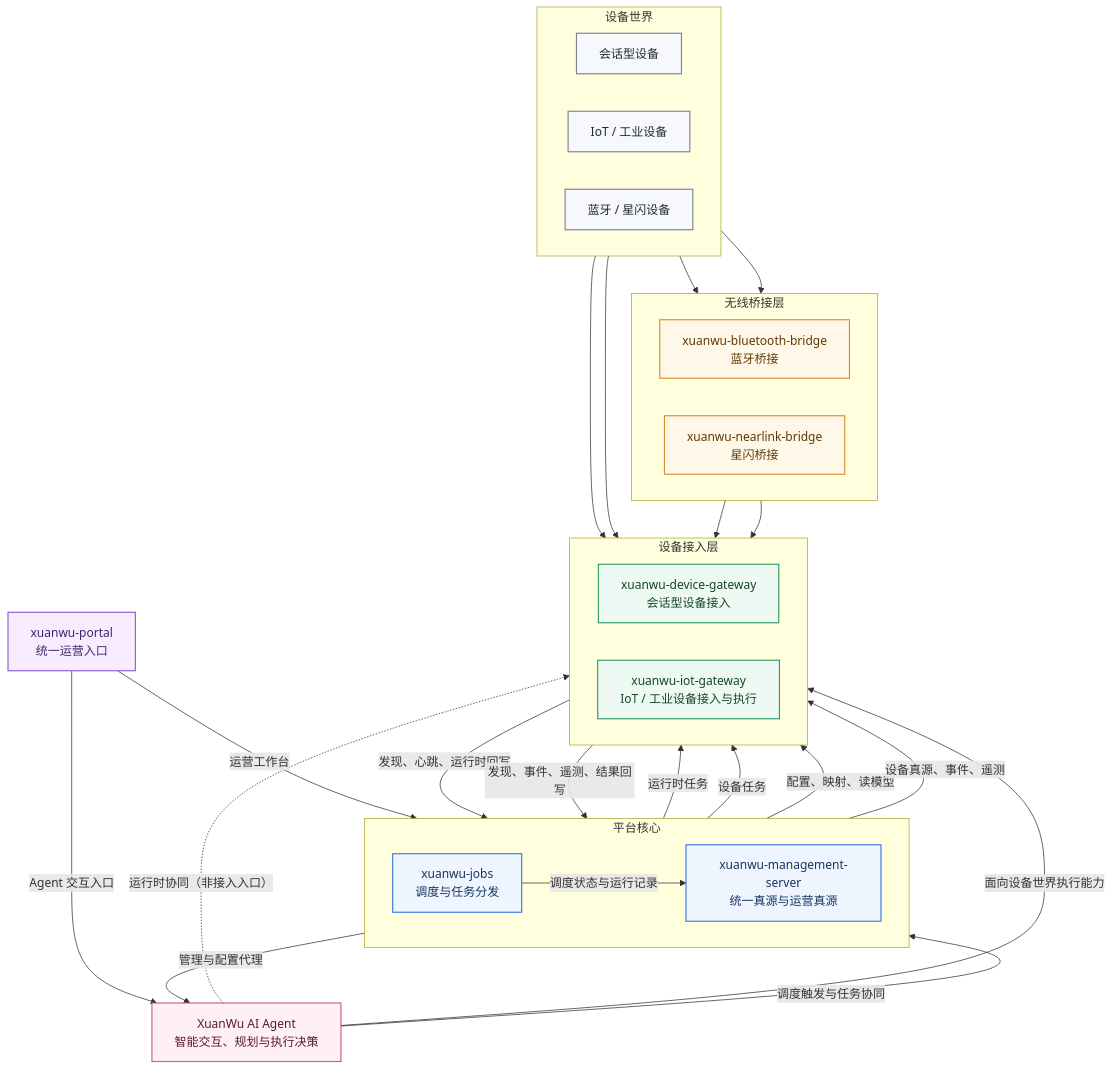
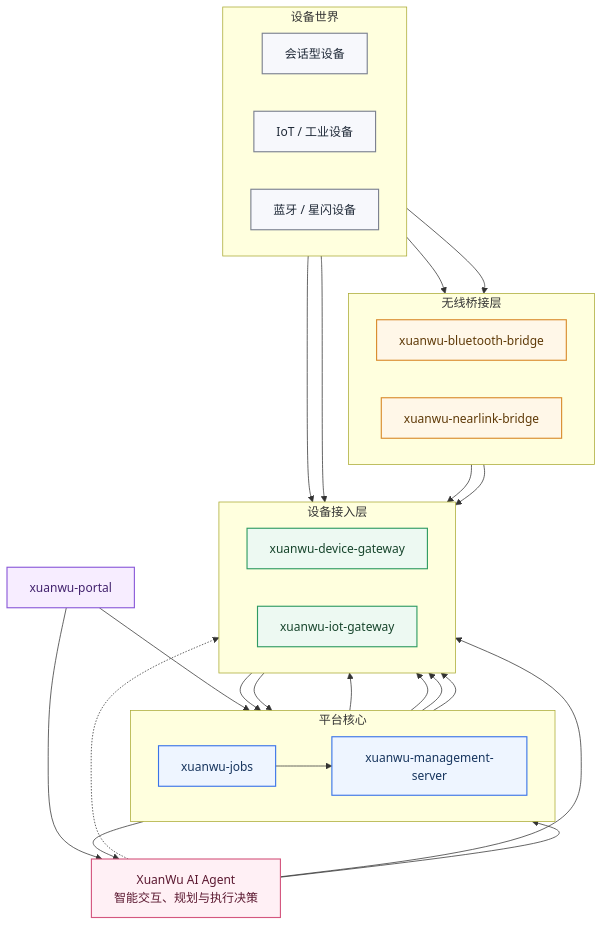
The second of 2 diagrams in README.md (GrissonWu07/xuanwu-ai-platform), drawn with Mermaid before and after one commit. The commit also changed other lines of this file, not shown here.

Commit message:
docs: simplify readme architecture presentation

````diff
--- a/README.md
+++ b/README.md
@@ -124,70 +124,70 @@
 ```mermaid
 flowchart TB
-    Portal["xuanwu-portal<br/>统一运营入口"]
+    Portal["xuanwu-portal"]
 
     XW["XuanWu AI Agent<br/>智能交互、规划与执行决策"]
 
     subgraph Control["平台核心"]
         direction LR
-        Mgmt["xuanwu-management-server<br/>统一真源与运营真源"]
-        Jobs["xuanwu-jobs<br/>调度与任务分发"]
+        Mgmt["xuanwu-management-server"]
+        Jobs["xuanwu-jobs"]
     end
 
     subgraph Ingress["设备接入层"]
         direction LR
-        Device["xuanwu-device-gateway<br/>会话型设备接入"]
-        IoT["xuanwu-iot-gateway<br/>IoT / 工业设备接入与执行"]
+        Device["xuanwu-device-gateway"]
+        IoT["xuanwu-iot-gateway"]
     end
 
     subgraph Bridge["无线桥接层"]
         direction LR
-        BT["xuanwu-bluetooth-bridge<br/>蓝牙桥接"]
-        NL["xuanwu-nearlink-bridge<br/>星闪桥接"]
+        BT["xuanwu-bluetooth-bridge"]
+        NL["xuanwu-nearlink-bridge"]
     end
 
     subgraph World["设备世界"]
         direction LR
         Conv["会话型设备"]
         IotDev["IoT / 工业设备"]
         Wireless["蓝牙 / 星闪设备"]
     end
 
-    Portal -->|"运营工作台"| Mgmt
-    Portal -->|"Agent 交互入口"| XW
+    Portal --> Mgmt
+    Portal --> XW
 
-    Jobs -->|"调度状态与运行记录"| Mgmt
-    Jobs -->|"运行时任务"| Device
-    Jobs -->|"设备任务"| IoT
+    Jobs --> Mgmt
+    Jobs --> Device
+    Jobs --> IoT
 
-    Mgmt -->|"配置、映射、读模型"| Device
-    Mgmt -->|"设备真源、事件、遥测"| IoT
-    Mgmt -->|"管理与配置代理"| XW
+    Mgmt --> Device
+    Mgmt --> IoT
+    Mgmt --> XW
 
     Conv --> Device
     IotDev --> IoT
     Wireless --> BT
     Wireless --> NL
 
     BT --> IoT
     NL --> IoT
 
-    Device -->|"发现、心跳、运行时回写"| Mgmt
-    IoT -->|"发现、事件、遥测、结果回写"| Mgmt
-    XW -->|"调度触发与任务协同"| Jobs
-    XW -.->|"运行时协同（非接入入口）"| Device
-    XW -->|"面向设备世界执行能力"| IoT
+    Device --> Mgmt
+    IoT --> Mgmt
+    XW --> Jobs
+    XW -.-> Device
+    XW --> IoT
 
     classDef ux fill:#f7edff,stroke:#8b5ad9,color:#43236e,stroke-width:1.5px;
     classDef control fill:#eef5ff,stroke:#3a74e8,color:#17355e,stroke-width:1.5px;
     classDef ingress fill:#edf9f2,stroke:#2f9b62,color:#17452c,stroke-width:1.5px;
     classDef bridge fill:#fff7e8,stroke:#d98b2b,color:#5f3a08,stroke-width:1.5px;
     classDef world fill:#f7f8fc,stroke:#7b8190,color:#1f2937,stroke-width:1.5px;
     classDef agent fill:#fff0f5,stroke:#d4577f,color:#5b1830,stroke-width:1.5px;
 
     class Portal ux;
     class Mgmt,Jobs control;
     class Device,IoT ingress;
     class BT,NL bridge;
     class Conv,IotDev,Wireless world;
     class XW agent;
 ```
````
